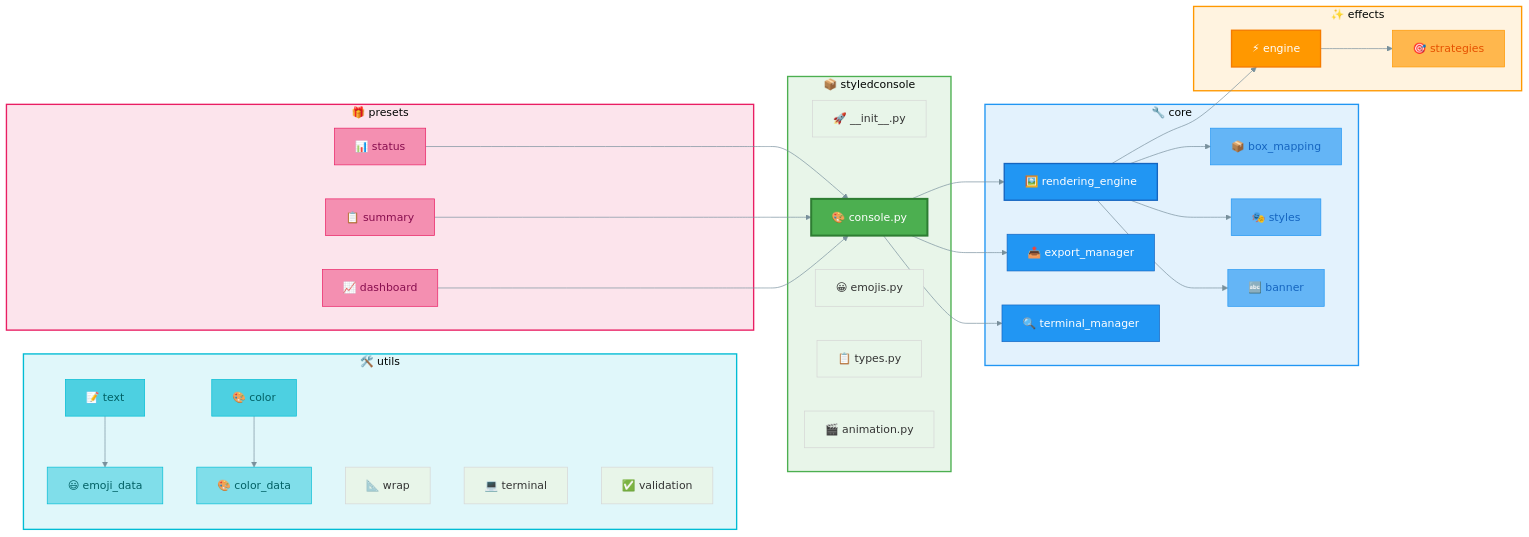
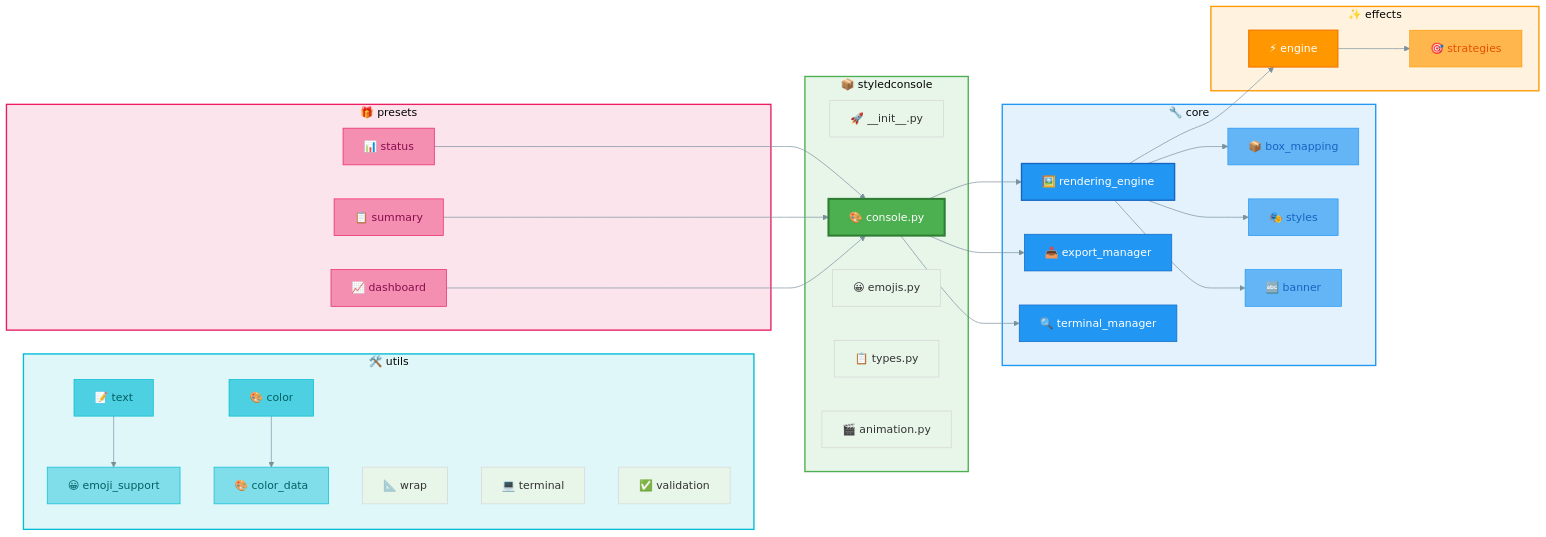
Before and after one commit to ksokolowski/StyledConsole: the fifth of 11 diagrams in docs/DEVELOPER_GUIDE.md, drawn with Mermaid. The commit also changed other lines of this file and 14 other files, not shown here.

````diff
--- a/docs/DEVELOPER_GUIDE.md
+++ b/docs/DEVELOPER_GUIDE.md
@@ -230,78 +230,78 @@
 ```mermaid
 %%{init: {'theme': 'base', 'themeVariables': { 'primaryColor': '#E8F5E9', 'lineColor': '#78909C'}}}%%
 flowchart LR
     subgraph styledconsole["📦 styledconsole"]
         INIT[🚀 __init__.py]
         CON[🎨 console.py]
         EMO[😀 emojis.py]
         TYP[📋 types.py]
         ANI[🎬 animation.py]
     end
 
     subgraph core["🔧 core"]
         RE[🖼️ rendering_engine]
         EM[📤 export_manager]
         TM[🔍 terminal_manager]
         BM[📦 box_mapping]
         ST[🎭 styles]
         BN[🔤 banner]
     end
 
     subgraph effects["✨ effects"]
         ENG[⚡ engine]
         STR[🎯 strategies]
     end
 
     subgraph utils["🛠️ utils"]
         TXT[📝 text]
         CLR[🎨 color]
         WRP[📐 wrap]
         TRM[💻 terminal]
         VAL[✅ validation]
-        ED[😃 emoji_data]
+        ES[😀 emoji_support]
         CD[🎨 color_data]
     end
 
     subgraph presets["🎁 presets"]
         STA[📊 status]
         SUM[📋 summary]
         DSH[📈 dashboard]
     end
 
     CON --> RE
     CON --> EM
     CON --> TM
     RE --> BM
     RE --> ST
     RE --> BN
     RE --> ENG
     ENG --> STR
-    TXT --> ED
+    TXT --> ES
     CLR --> CD
     STA --> CON
     SUM --> CON
     DSH --> CON
 
     style styledconsole fill:#E8F5E9,stroke:#4CAF50,stroke-width:2px
     style core fill:#E3F2FD,stroke:#2196F3,stroke-width:2px
     style effects fill:#FFF3E0,stroke:#FF9800,stroke-width:2px
     style utils fill:#E0F7FA,stroke:#00BCD4,stroke-width:2px
     style presets fill:#FCE4EC,stroke:#E91E63,stroke-width:2px
 
     style CON fill:#4CAF50,color:#fff,stroke:#2E7D32,stroke-width:3px
     style RE fill:#2196F3,color:#fff,stroke:#1565C0,stroke-width:2px
     style ENG fill:#FF9800,color:#fff,stroke:#F57C00,stroke-width:2px
     style EM fill:#2196F3,color:#fff,stroke:#1565C0
     style TM fill:#2196F3,color:#fff,stroke:#1565C0
     style BM fill:#64B5F6,color:#1565C0,stroke:#2196F3
     style ST fill:#64B5F6,color:#1565C0,stroke:#2196F3
     style BN fill:#64B5F6,color:#1565C0,stroke:#2196F3
     style STR fill:#FFB74D,color:#E65100,stroke:#FF9800
     style TXT fill:#4DD0E1,color:#006064,stroke:#00BCD4
     style CLR fill:#4DD0E1,color:#006064,stroke:#00BCD4
-    style ED fill:#80DEEA,color:#006064,stroke:#00BCD4
+    style ES fill:#80DEEA,color:#006064,stroke:#00BCD4
     style CD fill:#80DEEA,color:#006064,stroke:#00BCD4
     style STA fill:#F48FB1,color:#880E4F,stroke:#E91E63
     style SUM fill:#F48FB1,color:#880E4F,stroke:#E91E63
     style DSH fill:#F48FB1,color:#880E4F,stroke:#E91E63
 ```
````
